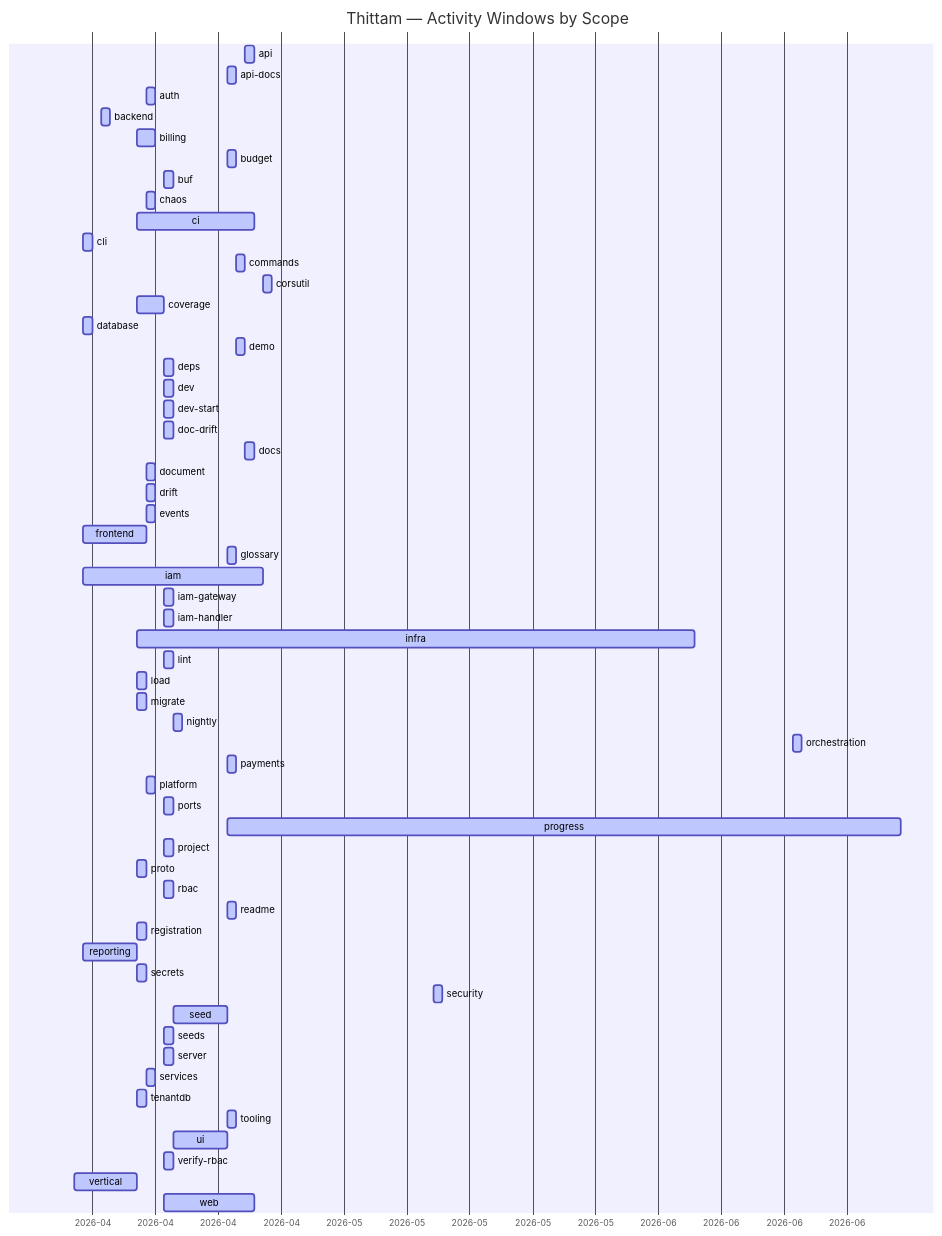
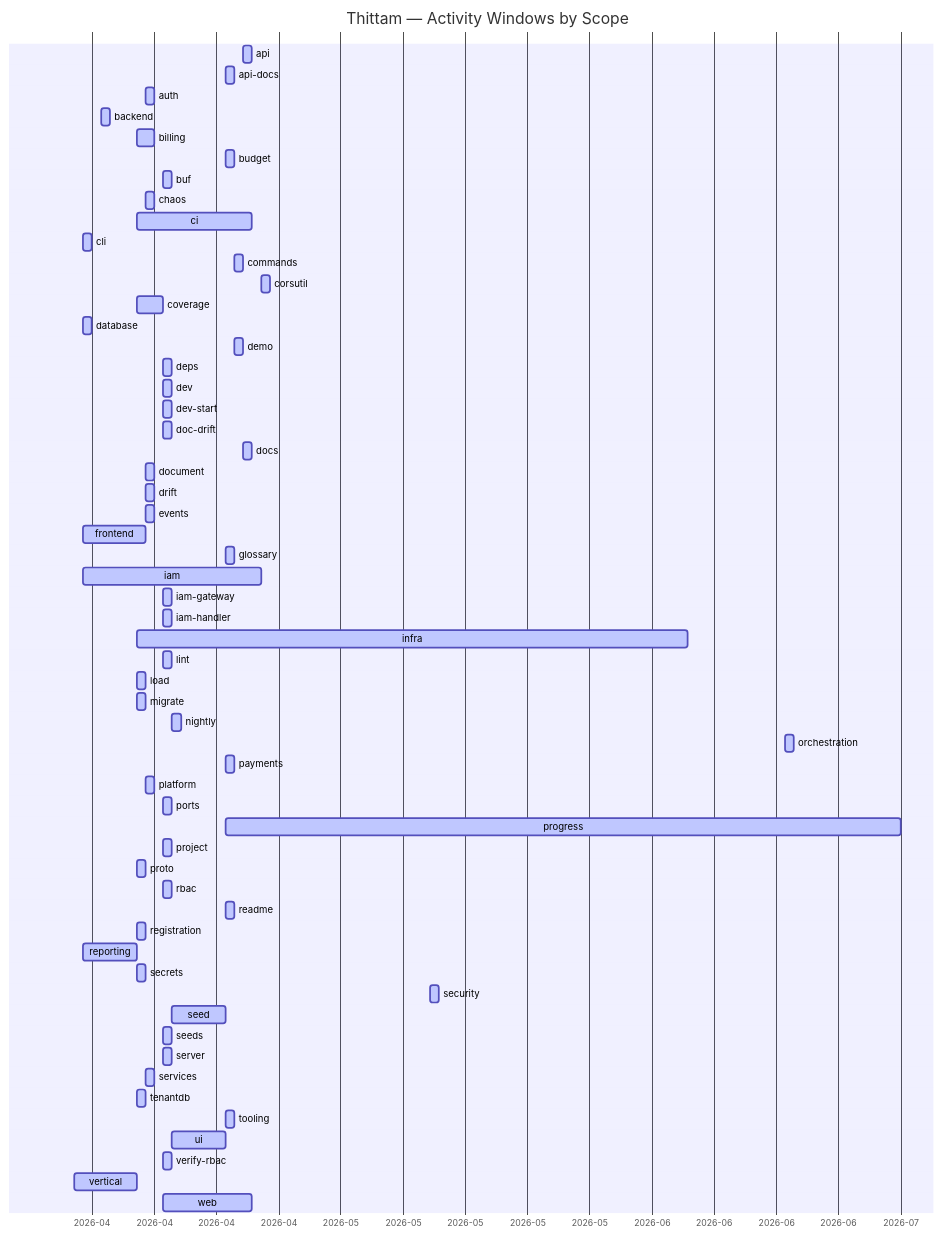
One commit to wegofwd2020-hub/thittam changed the diagram in docs/PROGRESS.md. Above: the diagram before and after it, drawn with Mermaid. The commit also changed other lines of this file and 1 other file, not shown here.

Commit message:
chore(progress): nightly update of docs/PROGRESS.md + CSVs

````diff
--- a/docs/PROGRESS.md
+++ b/docs/PROGRESS.md
@@ -9,62 +9,62 @@
 ```mermaid
 gantt
     title Thittam — Activity Windows by Scope
     dateFormat YYYY-MM-DD
     axisFormat %Y-%m
     api                :active, s_api, 2026-04-22, 2026-04-23
     api-docs           :active, s_api_docs, 2026-04-20, 2026-04-21
     auth               :active, s_auth, 2026-04-11, 2026-04-12
     backend            :active, s_backend, 2026-04-06, 2026-04-07
     billing            :active, s_billing, 2026-04-10, 2026-04-12
     budget             :active, s_budget, 2026-04-20, 2026-04-21
     buf                :active, s_buf, 2026-04-13, 2026-04-14
     chaos              :active, s_chaos, 2026-04-11, 2026-04-12
     ci                 :active, s_ci, 2026-04-10, 2026-04-23
     cli                :active, s_cli, 2026-04-04, 2026-04-05
     commands           :active, s_commands, 2026-04-21, 2026-04-22
     corsutil           :active, s_corsutil, 2026-04-24, 2026-04-25
     coverage           :active, s_coverage, 2026-04-10, 2026-04-13
     database           :active, s_database, 2026-04-04, 2026-04-05
     demo               :active, s_demo, 2026-04-21, 2026-04-22
     deps               :active, s_deps, 2026-04-13, 2026-04-14
     dev                :active, s_dev, 2026-04-13, 2026-04-14
     dev-start          :active, s_dev_start, 2026-04-13, 2026-04-14
     doc-drift          :active, s_doc_drift, 2026-04-13, 2026-04-14
     docs               :active, s_docs, 2026-04-22, 2026-04-23
     document           :active, s_document, 2026-04-11, 2026-04-12
     drift              :active, s_drift, 2026-04-11, 2026-04-12
     events             :active, s_events, 2026-04-11, 2026-04-12
     frontend           :active, s_frontend, 2026-04-04, 2026-04-11
     glossary           :active, s_glossary, 2026-04-20, 2026-04-21
     iam                :active, s_iam, 2026-04-04, 2026-04-24
     iam-gateway        :active, s_iam_gateway, 2026-04-13, 2026-04-14
     iam-handler        :active, s_iam_handler, 2026-04-13, 2026-04-14
     infra              :active, s_infra, 2026-04-10, 2026-06-11
     lint               :active, s_lint, 2026-04-13, 2026-04-14
     load               :active, s_load, 2026-04-10, 2026-04-11
     migrate            :active, s_migrate, 2026-04-10, 2026-04-11
     nightly            :active, s_nightly, 2026-04-14, 2026-04-15
     orchestration      :active, s_orchestration, 2026-06-22, 2026-06-23
     payments           :active, s_payments, 2026-04-20, 2026-04-21
     platform           :active, s_platform, 2026-04-11, 2026-04-12
     ports              :active, s_ports, 2026-04-13, 2026-04-14
-    progress           :active, s_progress, 2026-04-20, 2026-07-04
+    progress           :active, s_progress, 2026-04-20, 2026-07-05
     project            :active, s_project, 2026-04-13, 2026-04-14
     proto              :active, s_proto, 2026-04-10, 2026-04-11
     rbac               :active, s_rbac, 2026-04-13, 2026-04-14
     readme             :active, s_readme, 2026-04-20, 2026-04-21
     registration       :active, s_registration, 2026-04-10, 2026-04-11
     reporting          :active, s_reporting, 2026-04-04, 2026-04-10
     secrets            :active, s_secrets, 2026-04-10, 2026-04-11
     security           :active, s_security, 2026-05-13, 2026-05-14
     seed               :active, s_seed, 2026-04-14, 2026-04-20
     seeds              :active, s_seeds, 2026-04-13, 2026-04-14
     server             :active, s_server, 2026-04-13, 2026-04-14
     services           :active, s_services, 2026-04-11, 2026-04-12
     tenantdb           :active, s_tenantdb, 2026-04-10, 2026-04-11
     tooling            :active, s_tooling, 2026-04-20, 2026-04-21
     ui                 :active, s_ui, 2026-04-14, 2026-04-20
     verify-rbac        :active, s_verify_rbac, 2026-04-13, 2026-04-14
     vertical           :active, s_vertical, 2026-04-03, 2026-04-10
     web                :active, s_web, 2026-04-13, 2026-04-23
 ```
````
